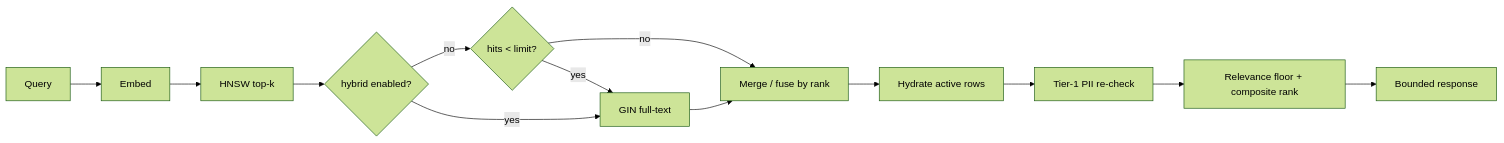
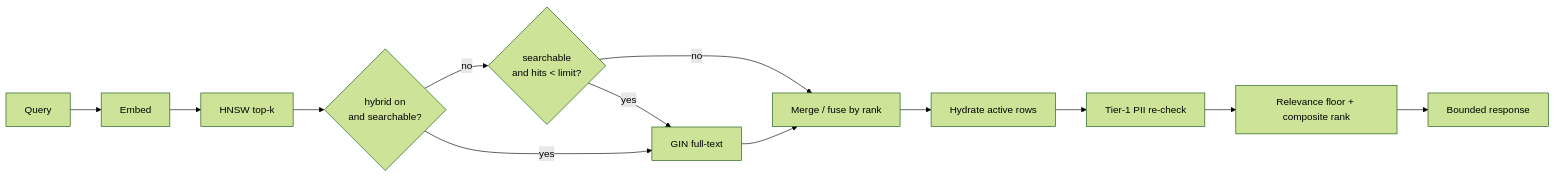
One commit to Rick1330/ibex-harness changed the diagram in site/content/docs/05.memory/03.search-and-lifecycle.md. Above: the diagram before and after it, drawn with Mermaid (forest theme). The commit also changed 1 other file, not shown here.

Commit message:
docs(memory): reconcile the hybrid flag row and the retrieval diagram
CodeRabbit found two documentation defects on the hybrid slice. The
ENVIRONMENT_VARIABLES table kept a planning row for IBEX_MEMORY_HYBRID_ENABLED
next to the implemented IBEX_MEMORY_SEARCH_HYBRID_ENABLED, so an operator could
set a name nothing reads. The public retrieval diagram branched on the hybrid
flag alone, which implied every query reaches full text; the runtime guard also
requires a searchable query, on both paths.

Refs #1096

````diff
--- a/site/content/docs/05.memory/03.search-and-lifecycle.md
+++ b/site/content/docs/05.memory/03.search-and-lifecycle.md
@@ -48,15 +48,15 @@
 ```mermaid
 flowchart LR
   Q["Query"] --> Embed["Embed"]
   Embed --> ANN["HNSW top-k"]
-  ANN --> Mode{"hybrid enabled?"}
-  Mode -->|no| Sparse{"hits < limit?"}
+  ANN --> Mode{"hybrid on<br/>and searchable?"}
+  Mode -->|no| Sparse{"searchable<br/>and hits < limit?"}
   Sparse -->|yes| FTS["GIN full-text"]
   Sparse -->|no| Merge
   Mode -->|yes| FTS
   FTS --> Merge["Merge / fuse by rank"]
   Merge --> Hydrate["Hydrate active rows"]
   Hydrate --> PII["Tier-1 PII re-check"]
   PII --> Rank["Relevance floor + composite rank"]
   Rank --> Out["Bounded response"]
 ```
````
